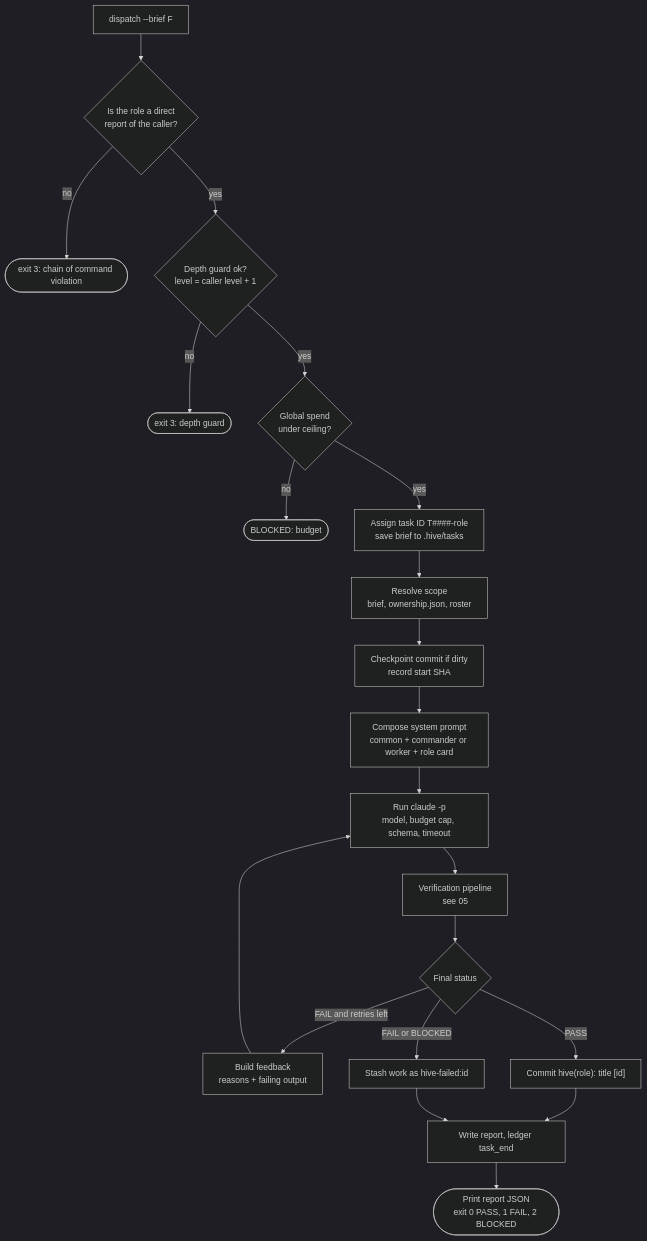
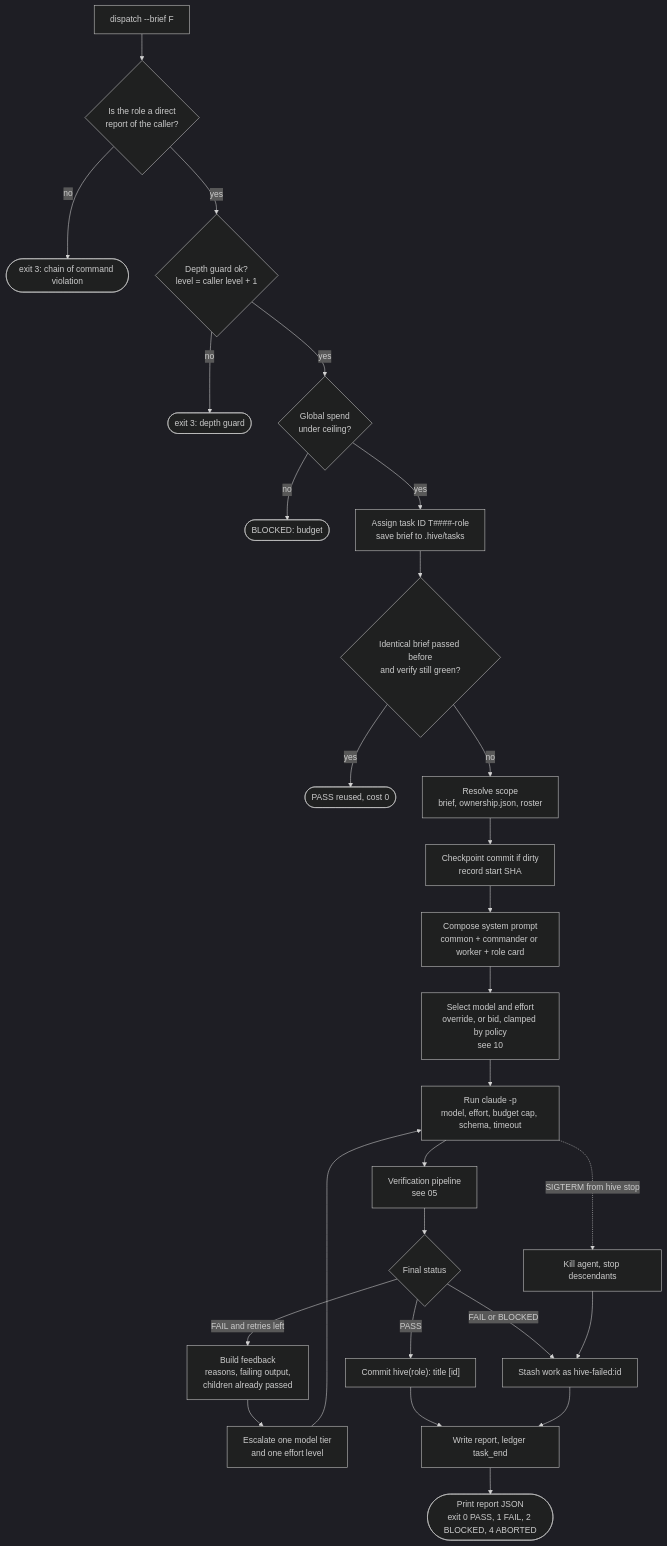
Before and after one commit to Waleed178-del/lets-do-it: the second of 4 diagrams in docs/system/04-dispatch-lifecycle.md, drawn with Mermaid (dark theme). The commit also changed other lines of this file and 14 other files, not shown here.

First line of the commit message:
Enforce delegation in the engine, add @commands verify, diagrams for 2.0

````diff
--- a/docs/system/04-dispatch-lifecycle.md
+++ b/docs/system/04-dispatch-lifecycle.md
@@ -45,21 +45,25 @@
 ```mermaid
 flowchart TD
     A["dispatch --brief F"] --> B{"Is the role a direct<br/>report of the caller?"}
     B -->|no| X1(["exit 3: chain of command violation"])
     B -->|yes| C{"Depth guard ok?<br/>level = caller level + 1"}
     C -->|no| X2(["exit 3: depth guard"])
     C -->|yes| D{"Global spend<br/>under ceiling?"}
     D -->|no| X3(["BLOCKED: budget"])
     D -->|yes| E["Assign task ID T####-role<br/>save brief to .hive/tasks"]
-    E --> F["Resolve scope<br/>brief, ownership.json, roster"]
+    E --> R{"Identical brief passed before<br/>and verify still green?"}
+    R -->|yes| RU(["PASS reused, cost 0"])
+    R -->|no| F["Resolve scope<br/>brief, ownership.json, roster"]
     F --> G["Checkpoint commit if dirty<br/>record start SHA"]
     G --> H["Compose system prompt<br/>common + commander or worker + role card"]
-    H --> I["Run claude -p<br/>model, budget cap, schema, timeout"]
+    H --> BID["Select model and effort<br/>override, or bid, clamped by policy<br/>see 10"]
+    BID --> I["Run claude -p<br/>model, effort, budget cap, schema, timeout"]
     I --> J["Verification pipeline<br/>see 05"]
     J --> K{"Final status"}
-    K -->|FAIL and retries left| L["Build feedback<br/>reasons + failing output"] --> I
+    K -->|FAIL and retries left| L["Build feedback<br/>reasons, failing output,<br/>children already passed"] --> ESC["Escalate one model tier<br/>and one effort level"] --> I
     K -->|PASS| M["Commit hive(role): title [id]"]
     K -->|FAIL or BLOCKED| N["Stash work as hive-failed:id"]
+    I -.->|"SIGTERM from hive stop"| AB["Kill agent, stop descendants"] --> N
     M & N --> O["Write report, ledger task_end"]
-    O --> P(["Print report JSON<br/>exit 0 PASS, 1 FAIL, 2 BLOCKED"])
+    O --> P(["Print report JSON<br/>exit 0 PASS, 1 FAIL, 2 BLOCKED, 4 ABORTED"])
 ```
````
